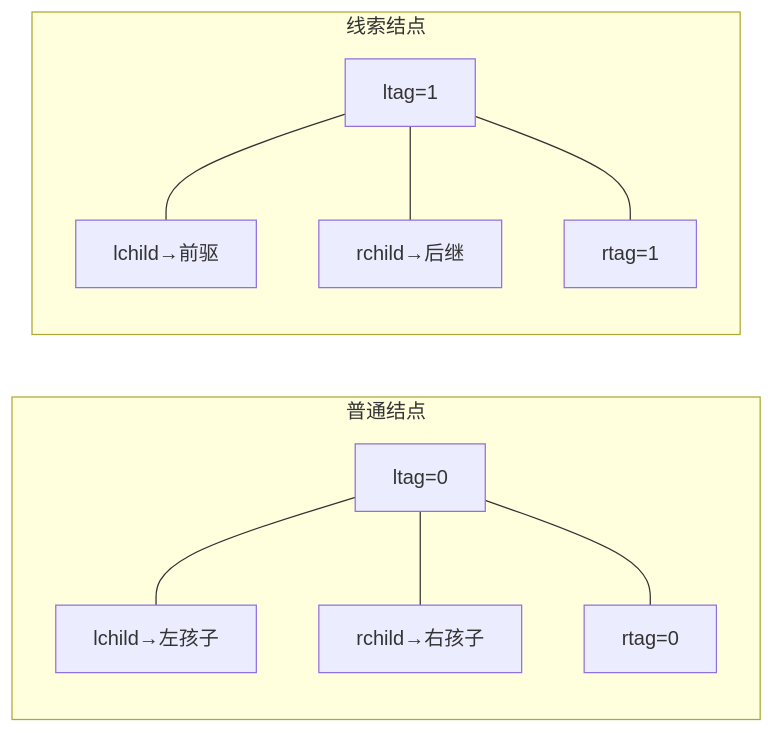
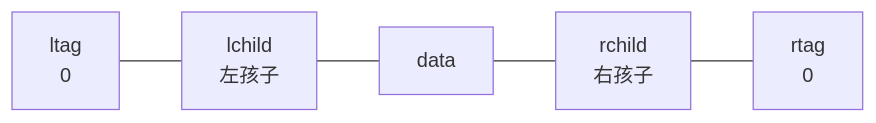
Before and after one commit to YiRen4922/thinkbook_yiren: the first of 2 diagrams in 考研/王道408/数据结构/5、树与二叉树/3.线索二叉树/线索二叉树的概念.md, drawn with Mermaid. The commit also changed other lines of this file, not shown here.

````diff
--- a/考研/王道408/数据结构/5、树与二叉树/3.线索二叉树/线索二叉树的概念.md
+++ b/考研/王道408/数据结构/5、树与二叉树/3.线索二叉树/线索二叉树的概念.md
@@ -35,13 +35,4 @@
 ```mermaid
 flowchart LR
-    subgraph 普通结点
-        N1["ltag=0"] --- L1["lchild→左孩子"]
-        N1 --- R1["rchild→右孩子"]
-        N1 --- RT1["rtag=0"]
-    end
-    subgraph 线索结点
-        N2["ltag=1"] --- L2["lchild→前驱"]
-        N2 --- R2["rchild→后继"]
-        N2 --- RT2["rtag=1"]
-    end
+    A1["ltag<br/>0"] --- A2["lchild<br/>左孩子"] --- A3["data"] --- A4["rchild<br/>右孩子"] --- A5["rtag<br/>0"]
 ```
````
